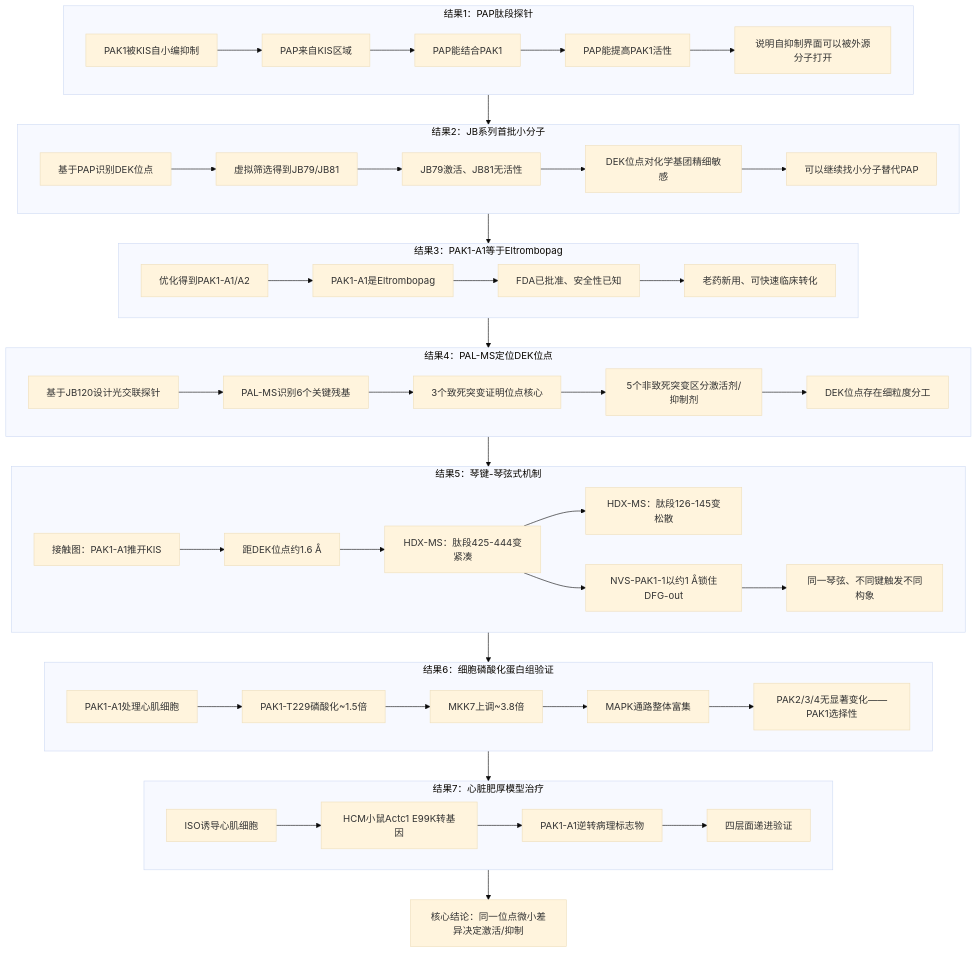
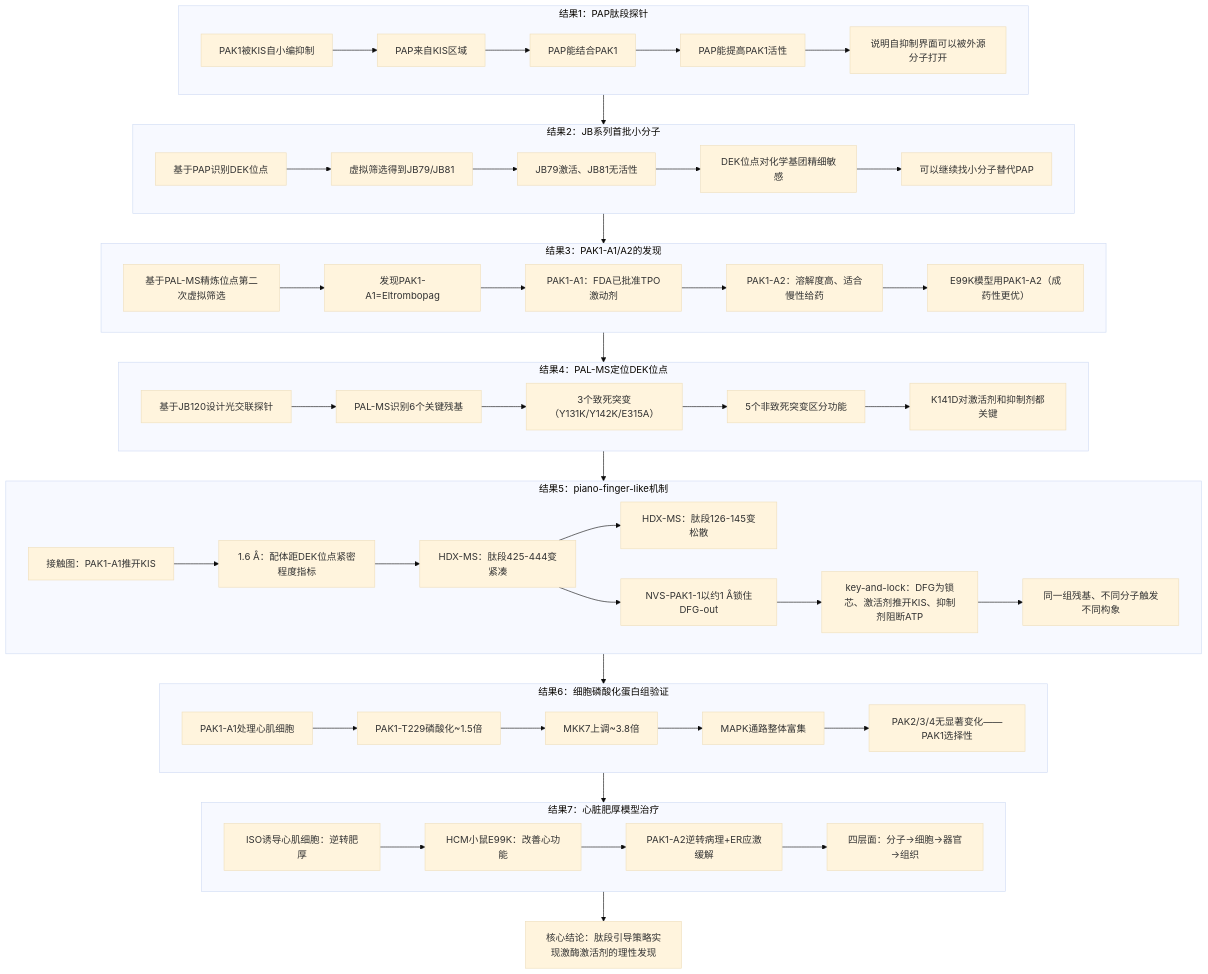
Before and after one commit to gxf1212/mendelevium: the diagram in _pages/Drug Design/2026-06-28-pak1-activators.md, drawn with Mermaid (base theme). The commit also changed 2 other files, not shown here.

````diff
--- a/_pages/Drug Design/2026-06-28-pak1-activators.md
+++ b/_pages/Drug Design/2026-06-28-pak1-activators.md
@@ -105,71 +105,74 @@
 ```mermaid
 graph TB
     subgraph R1["结果1：PAP肽段探针"]
         A1["PAK1被KIS自小编抑制"]
         A2["PAP来自KIS区域"]
         A3["PAP能结合PAK1"]
         A4["PAP能提高PAK1活性"]
         A5["说明自抑制界面可以被外源分子打开"]
         A1 --> A2 --> A3 --> A4 --> A5
     end
 
     subgraph R2["结果2：JB系列首批小分子"]
         B1["基于PAP识别DEK位点"]
         B2["虚拟筛选得到JB79/JB81"]
         B3["JB79激活、JB81无活性"]
         B4["DEK位点对化学基团精细敏感"]
         B5["可以继续找小分子替代PAP"]
         B1 --> B2 --> B3 --> B4 --> B5
     end
 
-    subgraph R3["结果3：PAK1-A1等于Eltrombopag"]
-        C1["优化得到PAK1-A1/A2"]
-        C2["PAK1-A1是Eltrombopag"]
-        C3["FDA已批准、安全性已知"]
-        C4["老药新用、可快速临床转化"]
-        C1 --> C2 --> C3 --> C4
+    subgraph R3["结果3：PAK1-A1/A2的发现"]
+        C1["基于PAL-MS精炼位点第二次虚拟筛选"]
+        C2["发现PAK1-A1=Eltrombopag"]
+        C3["PAK1-A1：FDA已批准TPO激动剂"]
+        C4["PAK1-A2：溶解度高、适合慢性给药"]
+        C5["E99K模型用PAK1-A2（成药性更优）"]
+        C1 --> C2 --> C3 --> C4 --> C5
     end
 
     subgraph R4["结果4：PAL-MS定位DEK位点"]
         D1["基于JB120设计光交联探针"]
         D2["PAL-MS识别6个关键残基"]
-        D3["3个致死突变证明位点核心"]
-        D4["5个非致死突变区分激活剂/抑制剂"]
-        D5["DEK位点存在细粒度分工"]
+        D3["3个致死突变（Y131K/Y142K/E315A）"]
+        D4["5个非致死突变区分功能"]
+        D5["K141D对激活剂和抑制剂都关键"]
         D1 --> D2 --> D3 --> D4 --> D5
     end
 
-    subgraph R5["结果5：琴键-琴弦式机制"]
+    subgraph R5["结果5：piano-finger-like机制"]
         E1["接触图：PAK1-A1推开KIS"]
-        E2["距DEK位点约1.6 Å"]
+        E2["1.6 Å：配体距DEK位点紧密程度指标"]
         E3["HDX-MS：肽段425-444变紧凑"]
         E4["HDX-MS：肽段126-145变松散"]
         E5["NVS-PAK1-1以约1 Å锁住DFG-out"]
-        E6["同一琴弦、不同键触发不同构象"]
+        E6["key-and-lock：DFG为锁芯、激活剂推开KIS、抑制剂阻断ATP"]
+        E7["同一组残基、不同分子触发不同构象"]
         E1 --> E2 --> E3 --> E4
         E3 --> E5
         E5 --> E6
+        E6 --> E7
     end
 
     subgraph R6["结果6：细胞磷酸化蛋白组验证"]
         F1["PAK1-A1处理心肌细胞"]
         F2["PAK1-T229磷酸化~1.5倍"]
         F3["MKK7上调~3.8倍"]
         F4["MAPK通路整体富集"]
         F5["PAK2/3/4无显著变化——PAK1选择性"]
         F1 --> F2 --> F3 --> F4 --> F5
     end
 
     subgraph R7["结果7：心脏肥厚模型治疗"]
-        G1["ISO诱导心肌细胞"]
-        G2["HCM小鼠Actc1 E99K转基因"]
-        G3["PAK1-A1逆转病理标志物"]
-        G4["四层面递进验证"]
+        G1["ISO诱导心肌细胞：逆转肥厚"]
+        G2["HCM小鼠E99K：改善心功能"]
+        G3["PAK1-A2逆转病理+ER应激缓解"]
+        G4["四层面：分子→细胞→器官→组织"]
         G1 --> G2 --> G3 --> G4
     end
 
     R1 --> R2 --> R3 --> R4 --> R5 --> R6 --> R7
 
-    H["核心结论：同一位点微小差异决定激活/抑制"]
+    H["核心结论：肽段引导策略实现激酶激活剂的理性发现"]
     R7 --> H
 ```
````
